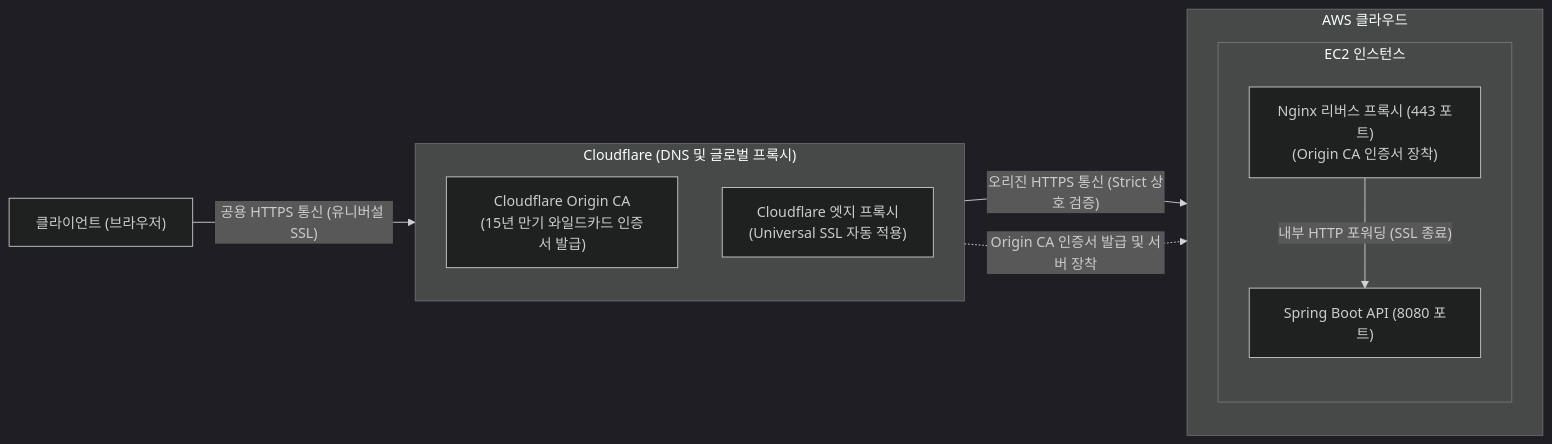
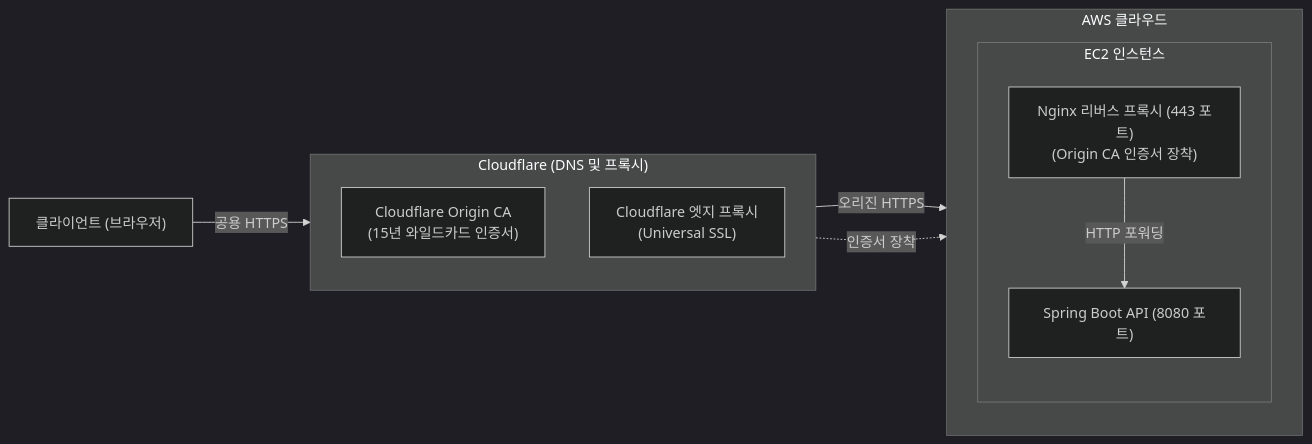
Before and after one commit to likelion-backend-25th/22-project-sns: the second of 4 diagrams in guide/04.challenge.md, drawn with Mermaid (dark theme). The commit also changed other lines of this file, not shown here.

````diff
--- a/guide/04.challenge.md
+++ b/guide/04.challenge.md
@@ -268,24 +269,25 @@
 ```mermaid
 flowchart LR
     Client["클라이언트 (브라우저)"]
 
-    subgraph CF["Cloudflare (DNS 및 글로벌 프록시)"]
+    subgraph CF["Cloudflare (DNS 및 프록시)"]
         direction TB
-        CF_CA["Cloudflare Origin CA<br/>(15년 만기 와일드카드 인증서 발급)"]
-        CF_Edge["Cloudflare 엣지 프록시<br/>(Universal SSL 자동 적용)"]
+        CF_CA["Cloudflare Origin CA<br/>(15년 와일드카드 인증서)"]
+        CF_Edge["Cloudflare 엣지 프록시<br/>(Universal SSL)"]
     end
 
     subgraph AWS["AWS 클라우드"]
         direction TB
         subgraph EC2["EC2 인스턴스"]
             direction TB
             Nginx["Nginx 리버스 프록시 (443 포트)<br/>(Origin CA 인증서 장착)"]
             SpringBoot["Spring Boot API (8080 포트)"]
+
+            Nginx -->|"HTTP 포워딩"| SpringBoot
         end
     end
 
-    Client -->|"공용 HTTPS 통신 (유니버설 SSL)"| CF_Edge
-    CF_Edge -->|"오리진 HTTPS 통신 (Strict 상호 검증)"| Nginx
-    CF_CA -.->|"Origin CA 인증서 발급 및 서버 장착"| Nginx
-    Nginx -->|"내부 HTTP 포워딩 (SSL 종료)"| SpringBoot
+    Client -->|"공용 HTTPS"| CF_Edge
+    CF_Edge -->|"오리진 HTTPS"| Nginx
+    CF_CA -.->|"인증서 장착"| Nginx
 ```
````
